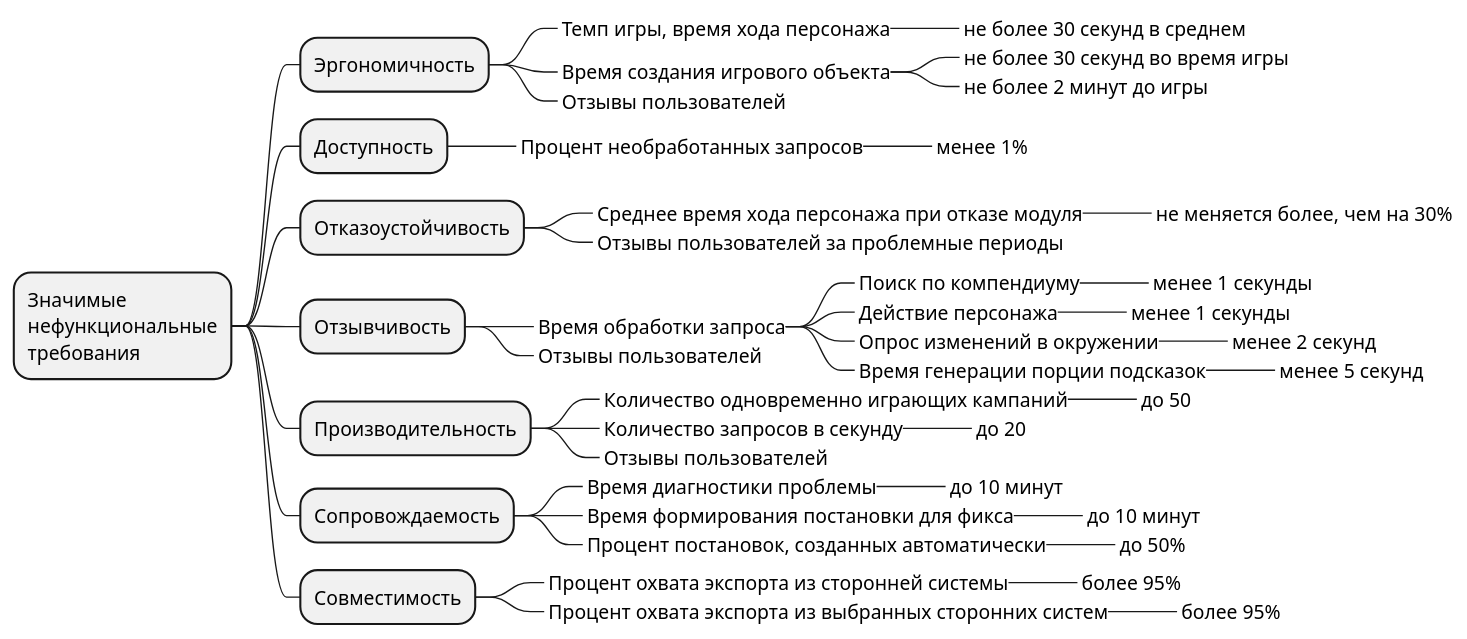
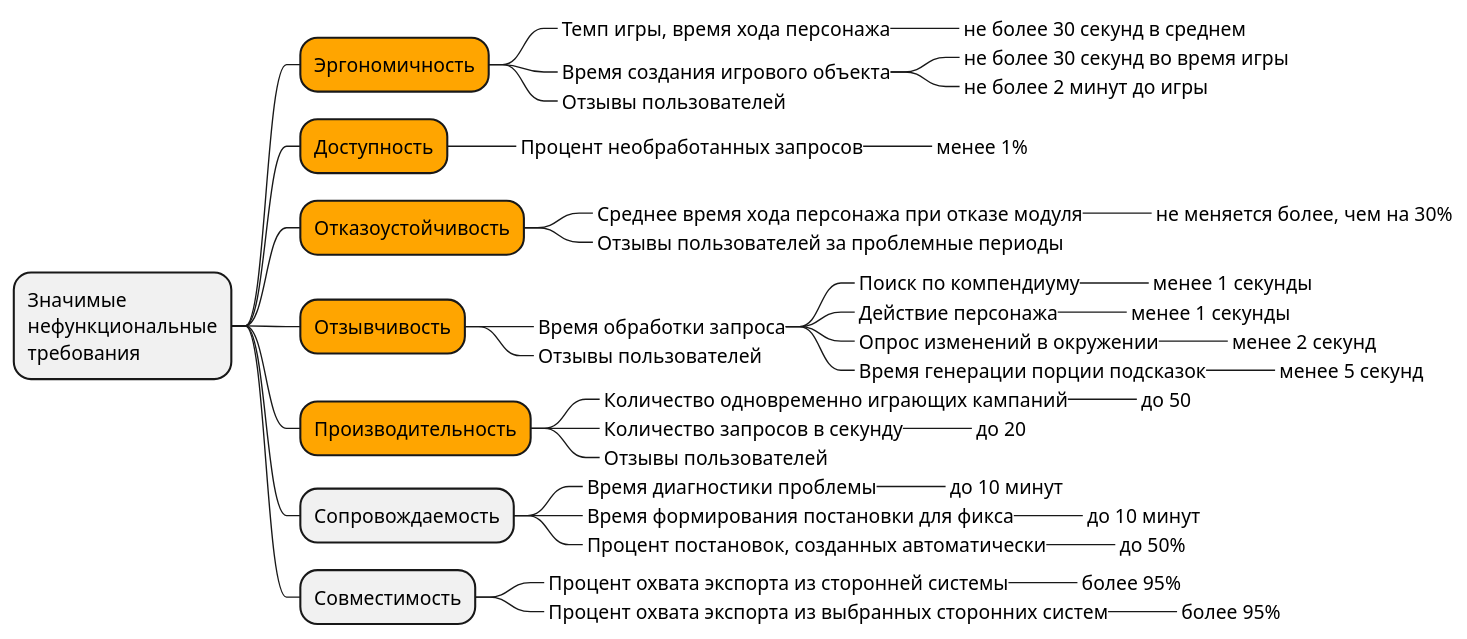
One commit to butakovmv/d20e_arch changed the diagram in chart/nfr_tree.puml. Above: the diagram before and after it, drawn with PlantUML. The commit also changed 8 other files, not shown here.

```diff
--- a/chart/nfr_tree.puml
+++ b/chart/nfr_tree.puml
@@ -1,46 +1,46 @@
 @startmindmap
 * Значимые\nнефункциональные\nтребования
-** Эргономичность
+**[#Orange] Эргономичность
 ***_ Темп игры, время хода персонажа
 ****_ не более 30 секунд в среднем
 ***_ Время создания игрового объекта
 ****_ не более 30 секунд во время игры
 ****_ не более 2 минут до игры
 ***_ Отзывы пользователей
-** Доступность
+**[#Orange] Доступность
 ***_ Процент необработанных запросов
 ****_ менее 1%
-** Отказоустойчивость
+**[#Orange] Отказоустойчивость
 ***_ Среднее время хода персонажа при отказе модуля
 ****_ не меняется более, чем на 30%
 ***_ Отзывы пользователей за проблемные периоды
-** Отзывчивость
+**[#Orange] Отзывчивость
 ***_ Время обработки запроса
 ****_ Поиск по компендиуму
 *****_ менее 1 секунды
 ****_ Действие персонажа
 *****_ менее 1 секунды
 ****_ Опрос изменений в окружении
 *****_ менее 2 секунд
 ****_ Время генерации порции подсказок
 *****_ менее 5 секунд
 ***_ Отзывы пользователей
-** Производительность
+**[#Orange] Производительность
 ***_ Количество одновременно играющих кампаний
 ****_ до 50
 ***_ Количество запросов в секунду
 ****_ до 20
 ***_ Отзывы пользователей
 ** Сопровождаемость
 ***_ Время диагностики проблемы
 ****_ до 10 минут
 ***_ Время формирования постановки для фикса
 ****_ до 10 минут
 ***_ Процент постановок, созданных автоматически
 ****_ до 50%
 ** Совместимость
 ***_ Процент охвата экспорта из сторонней системы
 ****_ более 95%
 ***_ Процент охвата экспорта из выбранных сторонних систем
 ****_ более 95%
 @endmindmap
```
